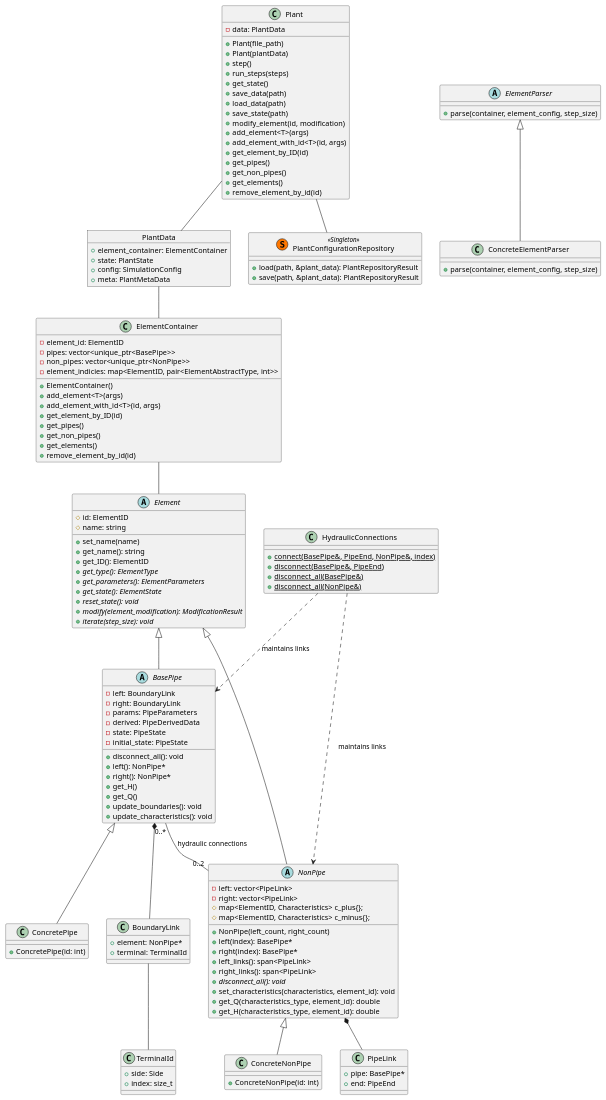
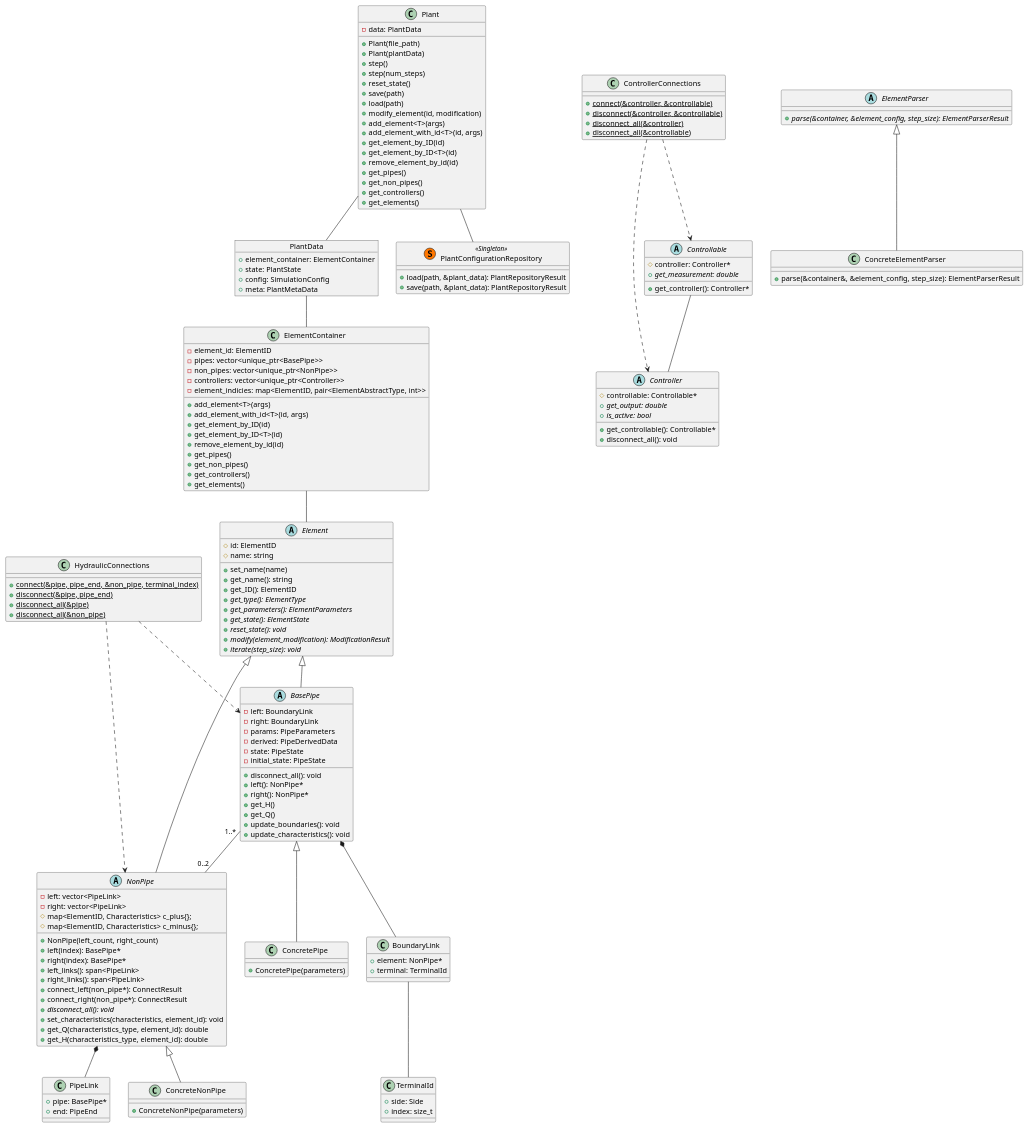
The diagram in assets/system_architecture.puml (LVTrans/LVTransCore), drawn with PlantUML before and after one commit. The commit also changed 4 other files, not shown here.

Commit message:
chore: update architecture and remove unused functions

```diff
--- a/assets/system_architecture.puml
+++ b/assets/system_architecture.puml
@@ -1,165 +1,195 @@
 @startuml
 
 abstract class Element {
   # id: ElementID
   # name: string
   + set_name(name)
   + get_name(): string
   + get_ID(): ElementID
   + get_type(): ElementType {abstract}
   + get_parameters(): ElementParameters {abstract}
   + get_state(): ElementState {abstract}
   + reset_state(): void {abstract}
   + modify(element_modification): ModificationResult {abstract}
   + iterate(step_size): void {abstract}
 
 }
 
 abstract class NonPipe {
   + NonPipe(left_count, right_count)
   - left: vector<PipeLink>
   - right: vector<PipeLink>
   # map<ElementID, Characteristics> c_plus{};
   # map<ElementID, Characteristics> c_minus{};
   + left(index): BasePipe*
   + right(index): BasePipe*
   + left_links(): span<PipeLink>
   + right_links(): span<PipeLink>
+  + connect_left(non_pipe*): ConnectResult
+  + connect_right(non_pipe*): ConnectResult
   + disconnect_all(): void {abstract}
   + set_characteristics(characteristics, element_id): void
   + get_Q(characteristics_type, element_id): double
   + get_H(characteristics_type, element_id): double
 
 }
 
 abstract class BasePipe {
   - left: BoundaryLink
   - right: BoundaryLink
   - params: PipeParameters
   - derived: PipeDerivedData
   - state: PipeState
   - initial_state: PipeState
   + disconnect_all(): void 
   + left(): NonPipe*
   + right(): NonPipe*
   + get_H()
   + get_Q()
   + update_boundaries(): void
   + update_characteristics(): void
 }
 
 class ConcreteNonPipe  {
-  + ConcreteNonPipe(id: int)
+  + ConcreteNonPipe(parameters)
 }
 
 class ConcretePipe {
-  + ConcretePipe(id: int)
+  + ConcretePipe(parameters)
+}
+
+abstract class Controller {
+  # controllable: Controllable*
+  {abstract} + get_output: double
+  {abstract} + is_active: bool
+  + get_controllable(): Controllable*
+  + disconnect_all(): void
+}
+
+abstract class Controllable {
+  # controller: Controller*
+  {abstract} + get_measurement: double
+  + get_controller(): Controller*
 }
 
 
 class Plant {
   - data: PlantData
   + Plant(file_path)
   + Plant(plantData)
   + step()
-  + run_steps(steps)
-  + get_state()
-  + save_data(path)
-  + load_data(path)
-  + save_state(path)
+  + step(num_steps)
+  + reset_state()
+  + save(path)
+  + load(path)
   + modify_element(id, modification)
   + add_element<T>(args)
   + add_element_with_id<T>(id, args)
   + get_element_by_ID(id)
+  + get_element_by_ID<T>(id)
+  + remove_element_by_id(id)
   + get_pipes()
   + get_non_pipes()
+  + get_controllers()
   + get_elements()
-  + remove_element_by_id(id)
 }
 
 
 object PlantData {
   + element_container: ElementContainer
   + state: PlantState
   + config: SimulationConfig
   + meta: PlantMetaData
 }
 
 
 class ElementContainer {
   - element_id: ElementID
   - pipes: vector<unique_ptr<BasePipe>>
   - non_pipes: vector<unique_ptr<NonPipe>>
+  - controllers: vector<unique_ptr<Controller>>
   - element_indicies: map<ElementID, pair<ElementAbstractType, int>>
-  + ElementContainer()
   + add_element<T>(args)
   + add_element_with_id<T>(id, args)
   + get_element_by_ID(id)
+  + get_element_by_ID<T>(id)
+  + remove_element_by_id(id)
   + get_pipes()
   + get_non_pipes()
+  + get_controllers()
   + get_elements()
-  + remove_element_by_id(id)
 }
 
 
 class PlantConfigurationRepository << (S,#FF7700) Singleton >> {
   + load(path, &plant_data): PlantRepositoryResult
   + save(path, &plant_data): PlantRepositoryResult
 }
 
 abstract class ElementParser {
-  + parse(container, element_config, step_size)
+  + parse(&container, &element_config, step_size): ElementParserResult {abstract}
 }
 
 class ConcreteElementParser {
-  + parse(container, element_config, step_size)
+  + parse(&container&, &element_config, step_size): ElementParserResult 
 }
 
 
-
-
 class HydraulicConnections {
-  {static} + connect(BasePipe&, PipeEnd, NonPipe&, index)
-  {static} + disconnect(BasePipe&, PipeEnd)
-  {static} + disconnect_all(BasePipe&)
-  {static} + disconnect_all(NonPipe&)
+  {static} + connect(&pipe, pipe_end, &non_pipe, terminal_index)
+  {static} + disconnect(&pipe, pipe_end)
+  {static} + disconnect_all(&pipe)
+  {static} + disconnect_all(&non_pipe)
 }
 
 class BoundaryLink {
   + element: NonPipe*
   + terminal: TerminalId
 }
 class PipeLink {
   + pipe: BasePipe*
   + end: PipeEnd
 }
 class TerminalId {
   + side: Side
   + index: size_t
 }
 
+
+class ControllerConnections {
+  {static} + connect(&controller, &controllable)
+  {static} + disconnect(&controller, &controllable)
+  {static} + disconnect_all(&controller)
+  {static} + disconnect_all(&controllable)
+}
+
 ' Relations
-HydraulicConnections ..> BasePipe : maintains links
-HydraulicConnections ..> NonPipe : maintains links
+HydraulicConnections ..> BasePipe 
+HydraulicConnections ..> NonPipe 
+
+ControllerConnections ..> Controller 
+ControllerConnections ..> Controllable 
+
 BasePipe *-- BoundaryLink
 NonPipe *-- PipeLink
 BoundaryLink -- TerminalId
+Controllable -- Controller
 Plant -- PlantData
 
 Element <|-- NonPipe
 Element <|-- BasePipe
 
 NonPipe <|-- ConcreteNonPipe
 BasePipe <|-- ConcretePipe
-BasePipe "0..*" -- "0..2" NonPipe : hydraulic connections
+BasePipe "1..*" -- "0..2" NonPipe 
 
 
 ElementParser <|-- ConcreteElementParser
 
 
 ElementContainer -- Element
 
 PlantData -- ElementContainer
 Plant -- PlantConfigurationRepository
 
 @enduml
```
